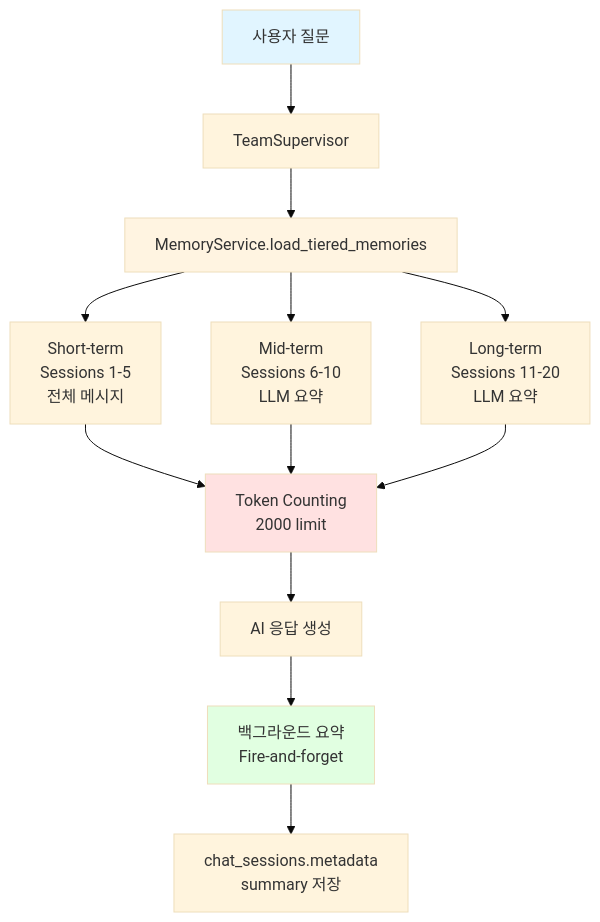
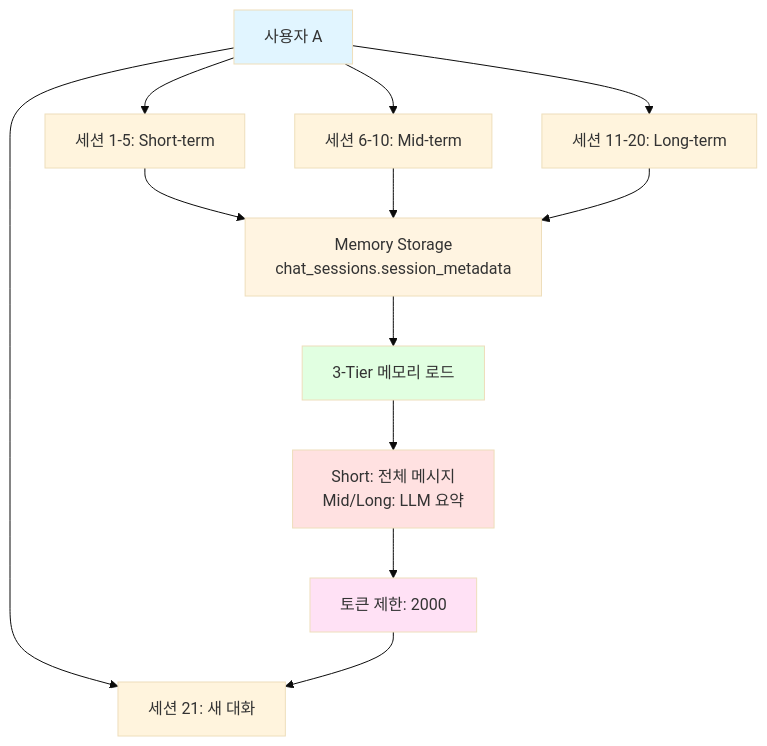
One commit to seunghak-kim/hny-project changed the first of 2 diagrams in Manual/MEMORY_CONFIGURATION_GUIDE.md. Above: the diagram before and after it, drawn with Mermaid (base theme). The commit also changed other lines of this file and 22 other files, not shown here.

````diff
--- a/Manual/MEMORY_CONFIGURATION_GUIDE.md
+++ b/Manual/MEMORY_CONFIGURATION_GUIDE.md
@@ -67,23 +63,22 @@
 ```mermaid
 graph TD
-    A[사용자 질문] --> B[TeamSupervisor]
-    B --> C[MemoryService.load_tiered_memories]
+    A[사용자 A] --> B[세션 1-5: Short-term]
+    A --> C[세션 6-10: Mid-term]
+    A --> D[세션 11-20: Long-term]
+    A --> E[세션 21: 새 대화]
 
-    C --> D1[Short-term<br/>Sessions 1-5<br/>전체 메시지]
-    C --> D2[Mid-term<br/>Sessions 6-10<br/>LLM 요약]
-    C --> D3[Long-term<br/>Sessions 11-20<br/>LLM 요약]
+    B --> F[Memory Storage<br/>chat_sessions.session_metadata]
+    C --> F
+    D --> F
 
-    D1 --> E[Token Counting<br/>2000 limit]
-    D2 --> E
-    D3 --> E
-
-    E --> F[AI 응답 생성]
-    F --> G[백그라운드 요약<br/>Fire-and-forget]
-
-    G --> H[chat_sessions.metadata<br/>summary 저장]
+    F --> G[3-Tier 메모리 로드]
+    G --> H[Short: 전체 메시지<br/>Mid/Long: LLM 요약]
+    H --> I[토큰 제한: 2000]
+    I --> E
 
     style A fill:#e1f5ff
-    style C fill:#fff4e1
-    style E fill:#ffe1e1
+    style F fill:#fff4e1
     style G fill:#e1ffe1
+    style H fill:#ffe1e1
+    style I fill:#ffe1f5
 ```
````
